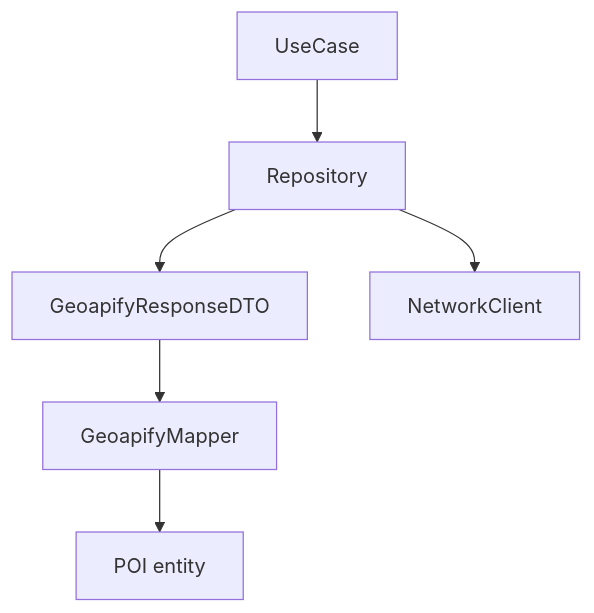
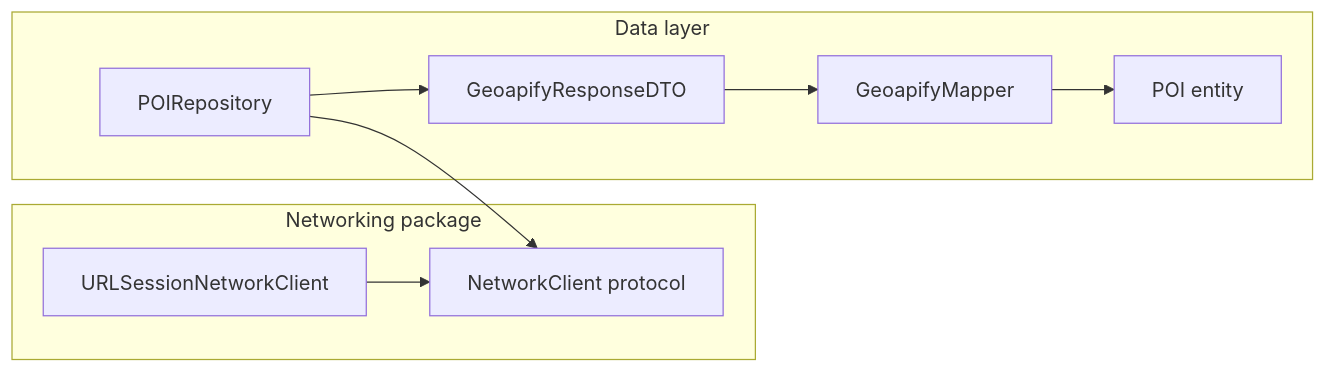
The diagram in Documentation/Content/en/architecture/networking.md (luizmellodev/Blueprint), drawn with Mermaid before and after one commit. The commit also changed 32 other files, not shown here.

````diff
--- a/Documentation/Content/en/architecture/networking.md
+++ b/Documentation/Content/en/architecture/networking.md
@@ -69,11 +69,18 @@
 ```mermaid
-flowchart TB
-  UC[UseCase]
-  REPO[Repository]
-  DTO[GeoapifyResponseDTO]
-  MAP[GeoapifyMapper]
-  POI[POI entity]
-  NET[NetworkClient]
-  UC --> REPO --> NET
+flowchart LR
+  subgraph Package["Networking package"]
+    NC[NetworkClient protocol]
+    URL[URLSessionNetworkClient]
+    URL --> NC
+  end
+
+  subgraph Data["Data layer"]
+    REPO[POIRepository]
+    DTO[GeoapifyResponseDTO]
+    MAP[GeoapifyMapper]
+    POI[POI entity]
+  end
+
+  REPO --> NC
   REPO --> DTO --> MAP --> POI
 ```
````
